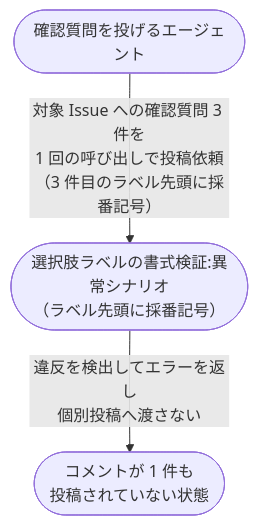
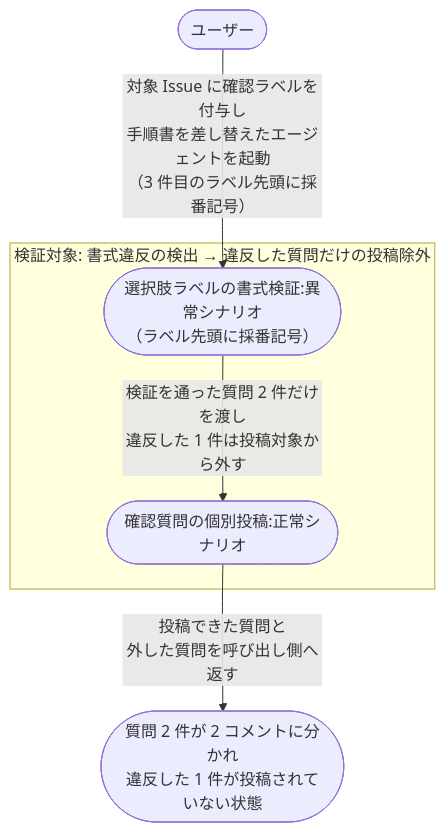
One commit to shuhei1101/ai-monitor changed the second of 2 diagrams in docs/wiki/設計図/シナリオ/複合ユースケース/選択肢の書式検証から確認質問の投稿まで.md. Above: the diagram before and after it, drawn with Mermaid. The commit also changed other lines of this file and 1 other file, not shown here.

````diff
--- a/docs/wiki/設計図/シナリオ/複合ユースケース/選択肢の書式検証から確認質問の投稿まで.md
+++ b/docs/wiki/設計図/シナリオ/複合ユースケース/選択肢の書式検証から確認質問の投稿まで.md
@@ -66,8 +73,13 @@
 ```mermaid
 flowchart TD
-  A0([確認質問を投げるエージェント]) -->|対象 Issue への確認質問 3 件を<br>1 回の呼び出しで投稿依頼<br>（3 件目のラベル先頭に採番記号）| UC1
+  U0([ユーザー]) -->|対象 Issue に確認ラベルを付与し<br>手順書を差し替えたエージェントを起動<br>（3 件目のラベル先頭に採番記号）| UC1
 
-  UC1([選択肢ラベルの書式検証:異常シナリオ<br>（ラベル先頭に採番記号）]) -->|違反を検出してエラーを返し<br>個別投稿へ渡さない| E1([コメントが 1 件も<br>投稿されていない状態])
+  subgraph FOCUS["検証対象: 書式違反の検出 → 違反した質問だけの投稿除外"]
+    UC1([選択肢ラベルの書式検証:異常シナリオ<br>（ラベル先頭に採番記号）]) -->|検証を通った質問 2 件だけを渡し<br>違反した 1 件は投稿対象から外す| UC2([確認質問の個別投稿:正常シナリオ])
+  end
+
+  UC2 -->|投稿できた質問と<br>外した質問を呼び出し側へ返す| DONE([質問 2 件が 2 コメントに分かれ<br>違反した 1 件が投稿されていない状態])
 
   click UC1 "../単一ユースケース/選択肢ラベルの書式検証.md#異常シナリオラベル先頭に採番記号"
+  click UC2 "../単一ユースケース/確認質問の個別投稿.md#正常シナリオ"
 ```
````
